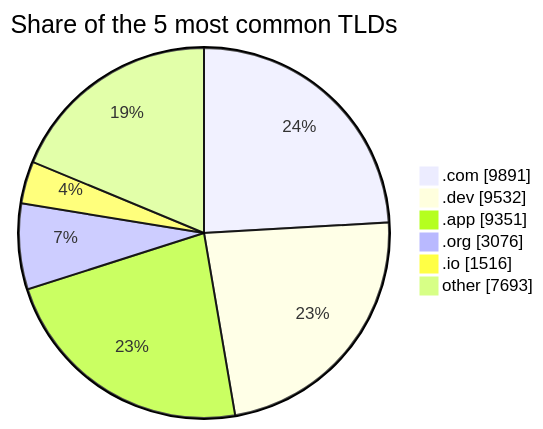
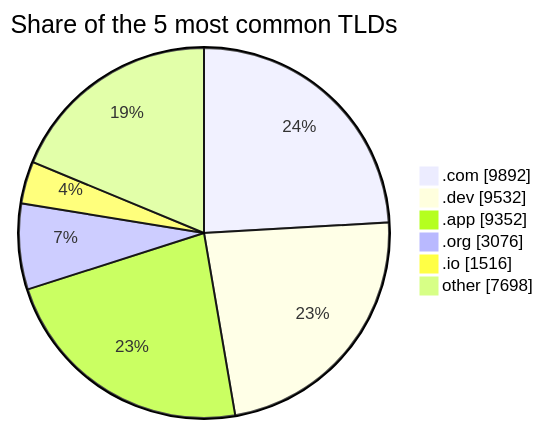
Before and after one commit to DNSBunker/CTI: the third of 3 diagrams in README.md, drawn with Mermaid. The commit also changed other lines of this file and 3 other files, not shown here.

````diff
--- a/README.md
+++ b/README.md
@@ -81,9 +81,9 @@
 ```mermaid
 pie showData title Share of the 5 most common TLDs
-    ".com" : 9891
+    ".com" : 9892
     ".dev" : 9532
-    ".app" : 9351
+    ".app" : 9352
     ".org" : 3076
     ".io" : 1516
-    "other" : 7693
+    "other" : 7698
 ```
````
